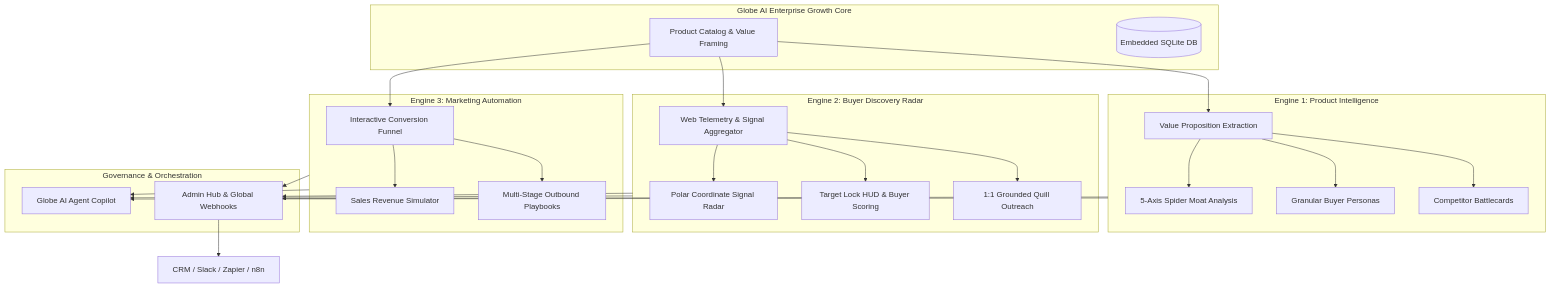
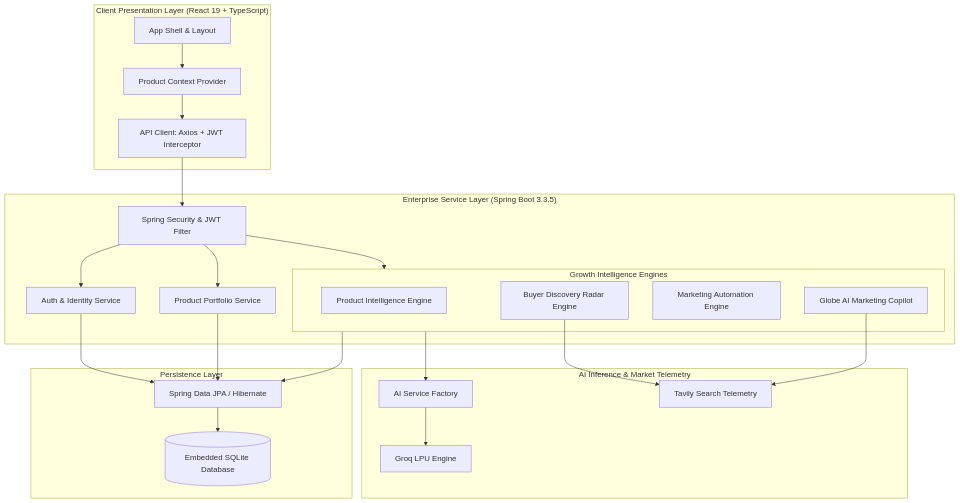
One commit to gondchawarswaraj45/MarketMind-AI changed the diagram in README.md. Above: the diagram before and after it, drawn with Mermaid. The commit also changed other lines of this file and 23 other files, not shown here.

Commit message:
docs: overhaul README with user-provided images, GitDiagram architecture badge, and omit directory tree

````diff
--- a/README.md
+++ b/README.md
@@ -84,36 +39,49 @@
 ```mermaid
 flowchart TD
-    subgraph Core ["Globe AI Enterprise Growth Core"]
-        P[Product Catalog & Value Framing]
-        DB[(Embedded SQLite DB)]
+    subgraph Client ["Client Presentation Layer (React 19 + TypeScript)"]
+        UI[App Shell & Layout]
+        CTX[Product Context Provider]
+        API_CLIENT[API Client: Axios + JWT Interceptor]
+        UI --> CTX
+        CTX --> API_CLIENT
     end
 
-    subgraph E1 ["Engine 1: Product Intelligence"]
-        P --> PI[Value Proposition Extraction]
-        PI --> SM[5-Axis Spider Moat Analysis]
-        PI --> CP[Granular Buyer Personas]
-        PI --> BC[Competitor Battlecards]
+    subgraph Backend ["Enterprise Service Layer (Spring Boot 3.3.5)"]
+        SEC[Spring Security & JWT Filter]
+        AUTH_SVC[Auth & Identity Service]
+        PROD_SVC[Product Portfolio Service]
+        
+        subgraph Engines ["Growth Intelligence Engines"]
+            ENG_PI[Product Intelligence Engine]
+            ENG_BD[Buyer Discovery Radar Engine]
+            ENG_MA[Marketing Automation Engine]
+            ENG_COP[Globe AI Marketing Copilot]
+        end
     end
 
-    subgraph E2 ["Engine 2: Buyer Discovery Radar"]
-        P --> BD[Web Telemetry & Signal Aggregator]
-        BD --> PR[Polar Coordinate Signal Radar]
-        BD --> TL[Target Lock HUD & Buyer Scoring]
-        BD --> QO[1:1 Grounded Quill Outreach]
+    subgraph InferenceTelemetry ["AI Inference & Market Telemetry"]
+        AI_FACTORY[AI Service Factory]
+        GROQ[Groq LPU Engine]
+        TAVILY[Tavily Search Telemetry]
     end
 
-    subgraph E3 ["Engine 3: Marketing Automation"]
-        P --> MA[Interactive Conversion Funnel]
-        MA --> RS[Sales Revenue Simulator]
-        MA --> CPB[Multi-Stage Outbound Playbooks]
+    subgraph Persistence ["Persistence Layer"]
+        JPA[Spring Data JPA / Hibernate]
+        DB[(Embedded SQLite Database)]
     end
 
-    subgraph Gov ["Governance & Orchestration"]
-        GAI[Globe AI Agent Copilot]
-        ADM[Admin Hub & Global Webhooks]
-    end
+    API_CLIENT --> SEC
+    SEC --> AUTH_SVC
+    SEC --> PROD_SVC
+    SEC --> Engines
 
-    E1 & E2 & E3 --> GAI
-    E1 & E2 & E3 --> ADM
-    ADM --> WH[CRM / Slack / Zapier / n8n]
+    Engines --> AI_FACTORY
+    AI_FACTORY --> GROQ
+    ENG_BD --> TAVILY
+    ENG_COP --> TAVILY
+
+    AUTH_SVC --> JPA
+    PROD_SVC --> JPA
+    Engines --> JPA
+    JPA --> DB
 ```
````
